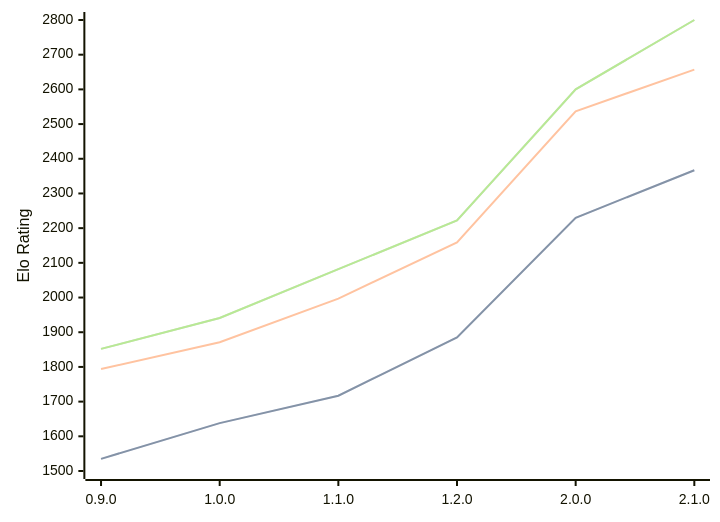
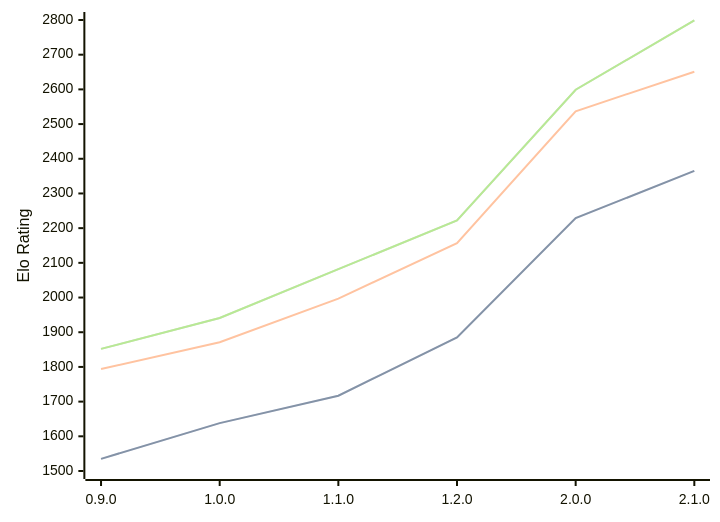
The diagram in engines/Ratsu.md (computer-chess-index/cci), drawn with Mermaid before and after one commit. The commit also changed other lines of this file, not shown here.

Commit message:
Update CCI Ratings (ELO VLTC) - 2026-07-21

````diff
--- a/engines/Ratsu.md
+++ b/engines/Ratsu.md
@@ -36,11 +36,11 @@
 ```mermaid
 %%{init: {"theme":"base","themeVariables":{"seriesColors:['#a3a3a3','#222221','#faa371']}}}%%
 xychart-beta
   x-axis ["0.9.0", "1.0.0", "1.1.0", "1.2.0", "2.0.0", "2.1.0"]
   y-axis "Elo Rating" 1500 --> 2800
-  line "STC (8.0+0.08s)" [1535, 1638, 1717, 1885, 2230, 2367]
-  line "STC (8.0+0.08s)" [1535, 1638, 1717, 1885, 2230, 2367]
-  line "LTC (60.0+0.60s)" [1794, 1871, 1997, 2159, 2537, 2657]
-  line "VLTC (2m24s+1.12s)" [1852, 1941, 2082, 2222, 2600, 2800]
-  line "VLTC (2m24s+1.12s)" [1852, 1941, 2082, 2222, 2600, 2800]
+  line "STC (8.0+0.08s)" [1535, 1638, 1717, 1885, 2229, 2365]
+  line "STC (8.0+0.08s)" [1535, 1638, 1717, 1885, 2229, 2365]
+  line "LTC (60.0+0.60s)" [1794, 1871, 1997, 2157, 2537, 2651]
+  line "VLTC (2m24s+1.12s)" [1852, 1941, 2082, 2222, 2599, 2799]
+  line "VLTC (2m24s+1.12s)" [1852, 1941, 2082, 2222, 2599, 2799]
 ```
````
